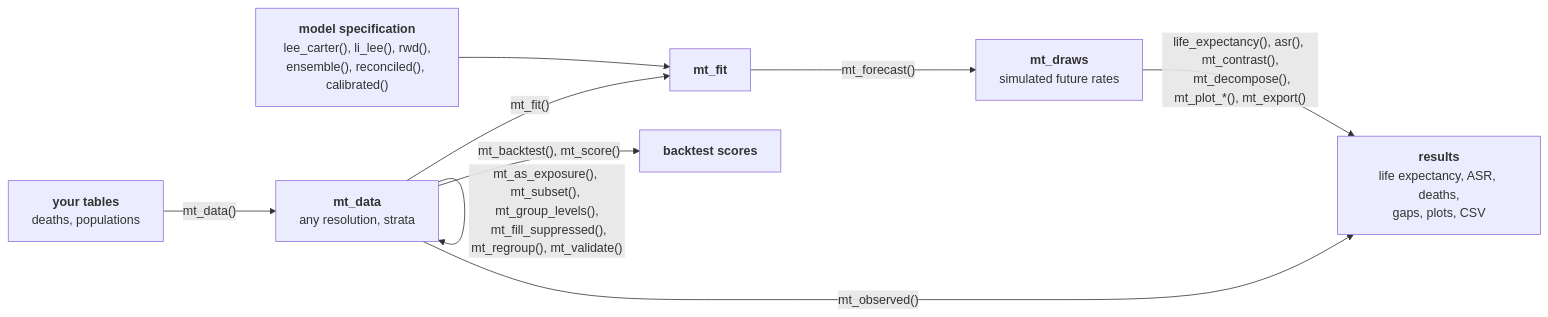
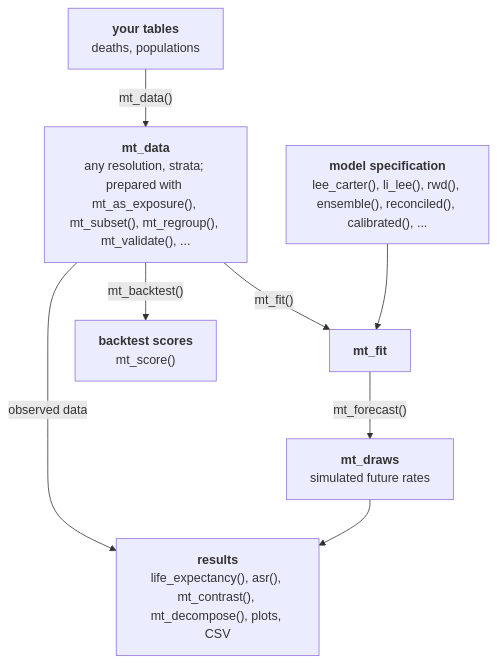
The diagram in README.md (kalleEF/mortensor), drawn with Mermaid before and after one commit. The commit also changed 4 other files, not shown here.

First line of the commit message:
Function map: readable diagrams on the website

````diff
--- a/README.md
+++ b/README.md
@@ -58,27 +58,23 @@
 ```mermaid
-flowchart LR
+flowchart TD
   T["`**your tables**
   deaths, populations`"]
   D["`**mt_data**
-  any resolution, strata`"]
+  any resolution, strata; prepared with mt_as_exposure(), mt_subset(), mt_regroup(), mt_validate(), ...`"]
   S["`**model specification**
-  lee_carter(), li_lee(), rwd(),
-  ensemble(), reconciled(), calibrated()`"]
+  lee_carter(), li_lee(), rwd(), ensemble(), reconciled(), calibrated(), ...`"]
   F["`**mt_fit**`"]
   P["`**mt_draws**
   simulated future rates`"]
+  B["`**backtest scores**
+  mt_score()`"]
   R["`**results**
-  life expectancy, ASR, deaths,
-  gaps, plots, CSV`"]
-  B["`**backtest scores**`"]
+  life_expectancy(), asr(), mt_contrast(), mt_decompose(), plots, CSV`"]
   T -- "mt_data()" --> D
-  D -- "mt_as_exposure(), mt_subset(), mt_group_levels(),
-  mt_fill_suppressed(), mt_regroup(), mt_validate()" --> D
+  D -- "mt_fit()" --> F
   S --> F
-  D -- "mt_fit()" --> F
   F -- "mt_forecast()" --> P
-  P -- "life_expectancy(), asr(), mt_contrast(),
-  mt_decompose(), mt_plot_*(), mt_export()" --> R
-  D -- "mt_backtest(), mt_score()" --> B
-  D -- "mt_observed()" --> R
+  D -- "mt_backtest()" --> B
+  P --> R
+  D -- "observed data" --> R
 ```
````
